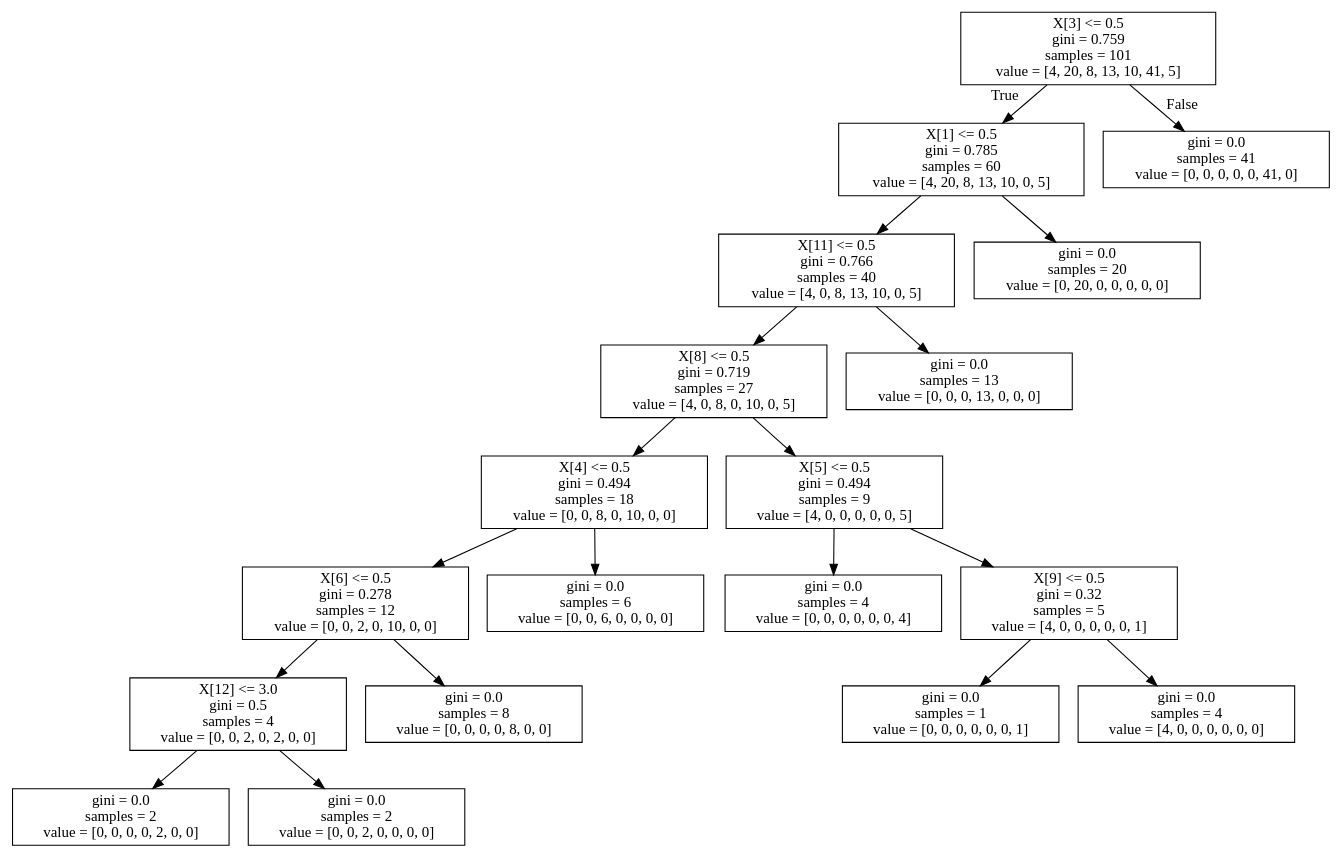
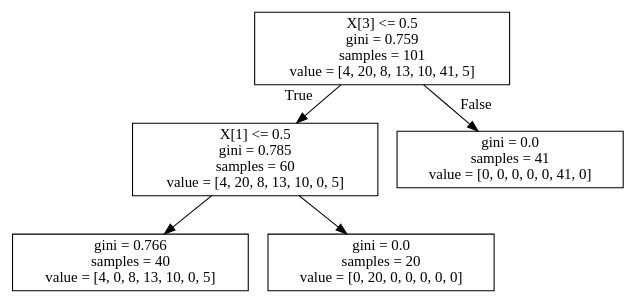
The diagram in tree.dot (chiu/decision-tree-visualizer), drawn with Graphviz before and after one commit. The commit also changed 7 other files, not shown here.

```diff
--- a/tree.dot
+++ b/tree.dot
@@ -1,40 +1,12 @@
 digraph Tree {
 node [shape=box] ;
 0 [label="X[3] <= 0.5\ngini = 0.759\nsamples = 101\nvalue = [4, 20, 8, 13, 10, 41, 5]"] ;
 1 [label="X[1] <= 0.5\ngini = 0.785\nsamples = 60\nvalue = [4, 20, 8, 13, 10, 0, 5]"] ;
 0 -> 1 [labeldistance=2.5, labelangle=45, headlabel="True"] ;
-2 [label="X[11] <= 0.5\ngini = 0.766\nsamples = 40\nvalue = [4, 0, 8, 13, 10, 0, 5]"] ;
+2 [label="gini = 0.766\nsamples = 40\nvalue = [4, 0, 8, 13, 10, 0, 5]"] ;
 1 -> 2 ;
-3 [label="X[8] <= 0.5\ngini = 0.719\nsamples = 27\nvalue = [4, 0, 8, 0, 10, 0, 5]"] ;
-2 -> 3 ;
-4 [label="X[4] <= 0.5\ngini = 0.494\nsamples = 18\nvalue = [0, 0, 8, 0, 10, 0, 0]"] ;
-3 -> 4 ;
-5 [label="X[6] <= 0.5\ngini = 0.278\nsamples = 12\nvalue = [0, 0, 2, 0, 10, 0, 0]"] ;
-4 -> 5 ;
-6 [label="X[12] <= 3.0\ngini = 0.5\nsamples = 4\nvalue = [0, 0, 2, 0, 2, 0, 0]"] ;
-5 -> 6 ;
-7 [label="gini = 0.0\nsamples = 2\nvalue = [0, 0, 0, 0, 2, 0, 0]"] ;
-6 -> 7 ;
-8 [label="gini = 0.0\nsamples = 2\nvalue = [0, 0, 2, 0, 0, 0, 0]"] ;
-6 -> 8 ;
-9 [label="gini = 0.0\nsamples = 8\nvalue = [0, 0, 0, 0, 8, 0, 0]"] ;
-5 -> 9 ;
-10 [label="gini = 0.0\nsamples = 6\nvalue = [0, 0, 6, 0, 0, 0, 0]"] ;
-4 -> 10 ;
-11 [label="X[5] <= 0.5\ngini = 0.494\nsamples = 9\nvalue = [4, 0, 0, 0, 0, 0, 5]"] ;
-3 -> 11 ;
-12 [label="gini = 0.0\nsamples = 4\nvalue = [0, 0, 0, 0, 0, 0, 4]"] ;
-11 -> 12 ;
-13 [label="X[9] <= 0.5\ngini = 0.32\nsamples = 5\nvalue = [4, 0, 0, 0, 0, 0, 1]"] ;
-11 -> 13 ;
-14 [label="gini = 0.0\nsamples = 1\nvalue = [0, 0, 0, 0, 0, 0, 1]"] ;
-13 -> 14 ;
-15 [label="gini = 0.0\nsamples = 4\nvalue = [4, 0, 0, 0, 0, 0, 0]"] ;
-13 -> 15 ;
-16 [label="gini = 0.0\nsamples = 13\nvalue = [0, 0, 0, 13, 0, 0, 0]"] ;
-2 -> 16 ;
-17 [label="gini = 0.0\nsamples = 20\nvalue = [0, 20, 0, 0, 0, 0, 0]"] ;
-1 -> 17 ;
-18 [label="gini = 0.0\nsamples = 41\nvalue = [0, 0, 0, 0, 0, 41, 0]"] ;
-0 -> 18 [labeldistance=2.5, labelangle=-45, headlabel="False"] ;
+3 [label="gini = 0.0\nsamples = 20\nvalue = [0, 20, 0, 0, 0, 0, 0]"] ;
+1 -> 3 ;
+4 [label="gini = 0.0\nsamples = 41\nvalue = [0, 0, 0, 0, 0, 41, 0]"] ;
+0 -> 4 [labeldistance=2.5, labelangle=-45, headlabel="False"] ;
 }
```
